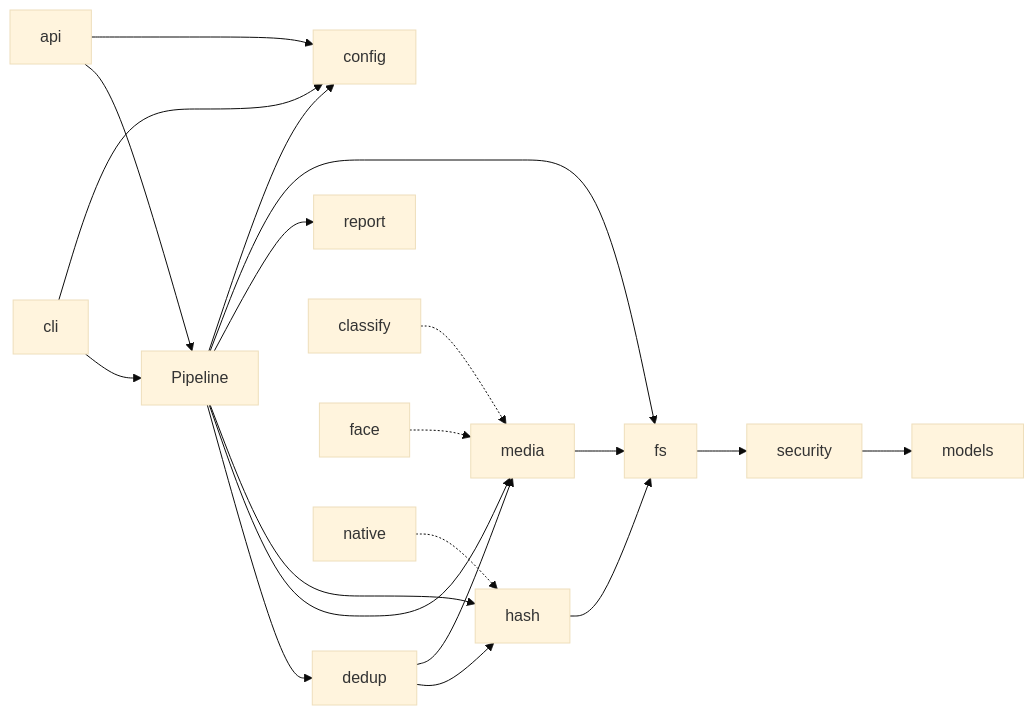
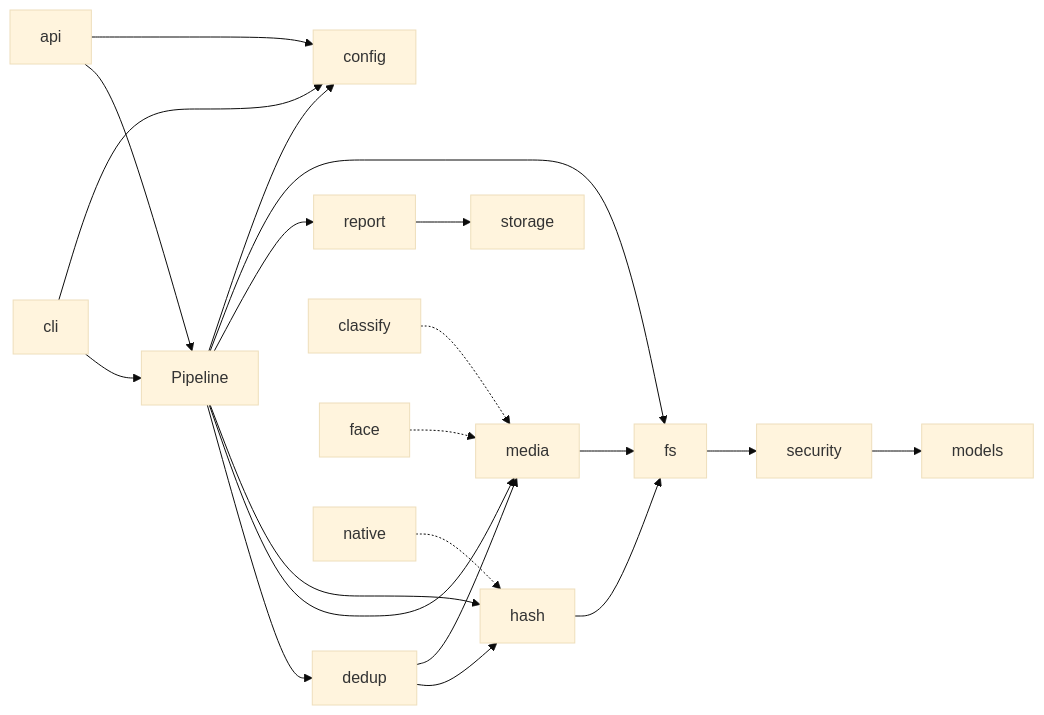
The second of 2 diagrams in docs/ARCHITECTURE.md (lgtm-hq/winnow), drawn with Mermaid (base theme) before and after one commit. The commit also changed other lines of this file and 10 other files, not shown here.

Commit message:
feat(report): add a stepwise SQLite schema migration runner shared by all stores (#203)

````diff
--- a/docs/ARCHITECTURE.md
+++ b/docs/ARCHITECTURE.md
@@ -235,22 +248,23 @@
 ```mermaid
 flowchart LR
   CLI[cli] --> Pipeline
   API[api] --> Pipeline
   Pipeline --> Dedup[dedup]
   Pipeline --> Media[media]
   Pipeline --> Hash[hash]
   Pipeline --> Report[report]
+  Report --> Storage[storage]
   Dedup --> Hash
   Dedup --> Media
   Media --> FS[fs]
   Hash --> FS
   Pipeline --> FS
   FS --> Security[security]
   Security --> Models[models]
   Pipeline --> Config[config]
   CLI --> Config
   API --> Config
   Classify[classify] -.-> Media
   Face[face] -.-> Media
   Native[native] -.-> Hash
 ```
````
